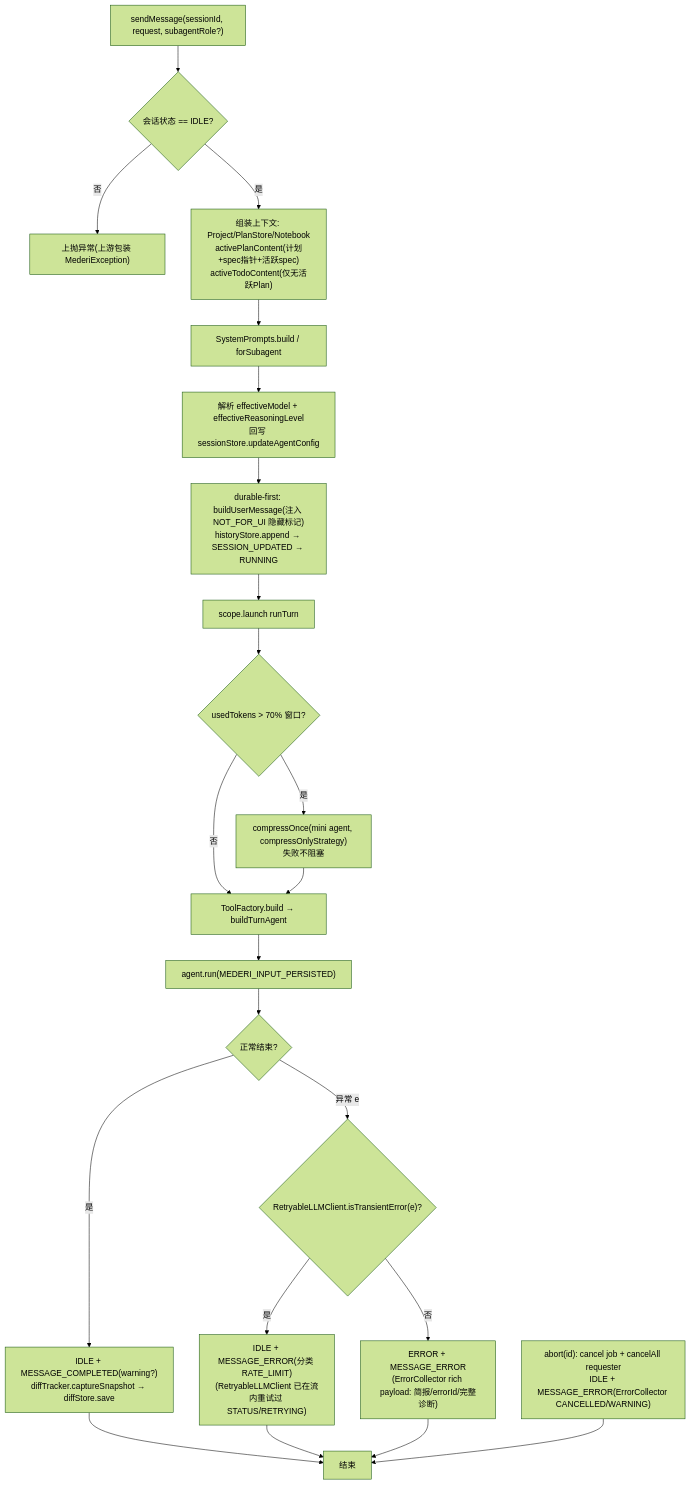
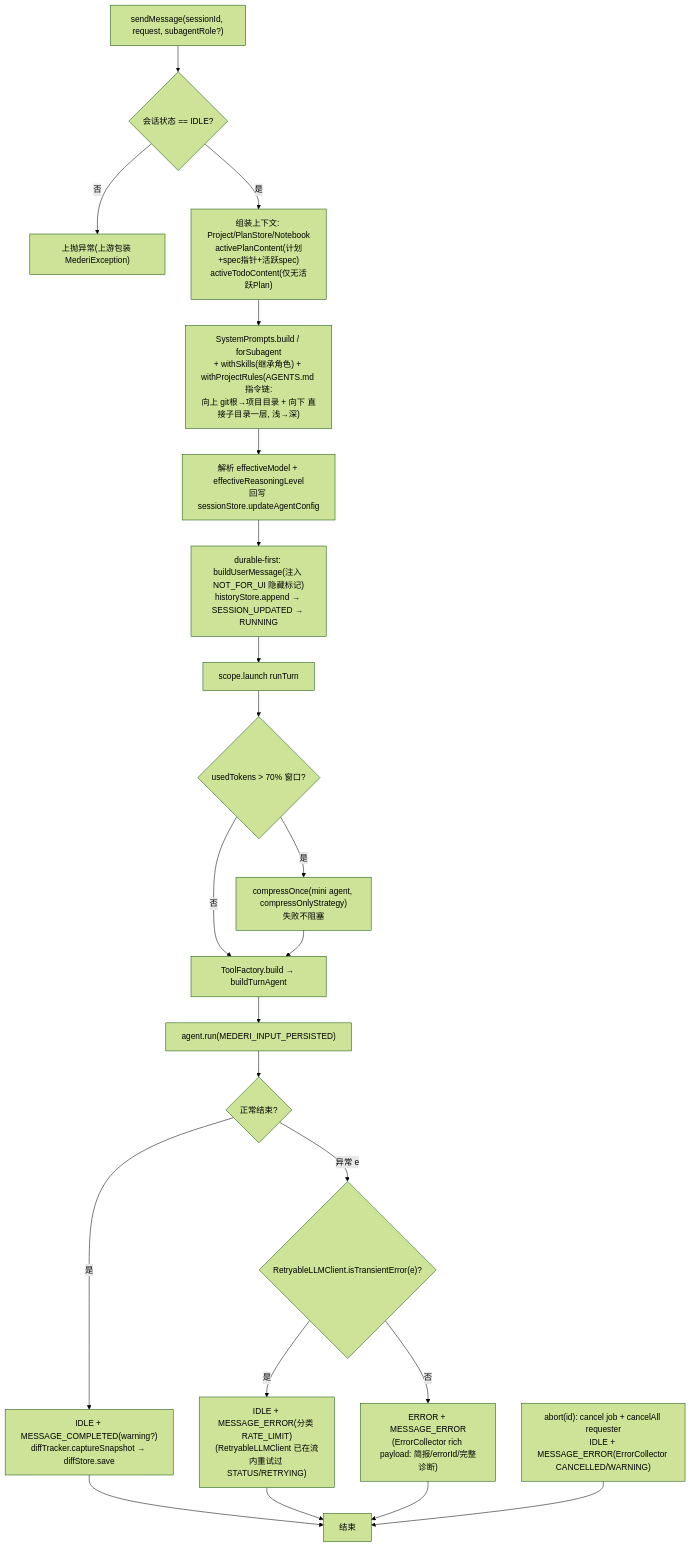
Before and after one commit to lzdev42/mederi: the second of 16 diagrams in mederi/docs/architecture/04-flows.md, drawn with Mermaid (forest theme). The commit also changed other lines of this file and 38 other files, not shown here.

````diff
--- a/mederi/docs/architecture/04-flows.md
+++ b/mederi/docs/architecture/04-flows.md
@@ -69,22 +69,22 @@
 ```mermaid
 flowchart TD
     S["sendMessage(sessionId, request, subagentRole?)"] --> V{"会话状态 == IDLE?"}
     V -- "否" --> E1["上抛异常(上游包装 MederiException)"]
     V -- "是" --> PREP["组装上下文: Project/PlanStore/Notebook<br/>activePlanContent(计划+spec指针+活跃spec)<br/>activeTodoContent(仅无活跃Plan)"]
-    PREP --> SP["SystemPrompts.build / forSubagent"]
+    PREP --> SP["SystemPrompts.build / forSubagent<br/>+ withSkills(继承角色) + withProjectRules(AGENTS.md 指令链:<br/>向上 git根→项目目录 + 向下 直接子目录一层, 浅→深)"]
     SP --> CFG["解析 effectiveModel + effectiveReasoningLevel<br/>回写 sessionStore.updateAgentConfig"]
     CFG --> DF["durable-first: buildUserMessage(注入 NOT_FOR_UI 隐藏标记)<br/>historyStore.append → SESSION_UPDATED → RUNNING"]
     DF --> BG["scope.launch runTurn"]
     BG --> PF{"usedTokens > 70% 窗口?"}
     PF -- "是" --> COMP["compressOnce(mini agent, compressOnlyStrategy)<br/>失败不阻塞"]
     PF -- "否" --> BUILD
     COMP --> BUILD["ToolFactory.build → buildTurnAgent"]
     BUILD --> RUN["agent.run(MEDERI_INPUT_PERSISTED)"]
     RUN --> OK{"正常结束?"}
     OK -- "是" --> DONE["IDLE + MESSAGE_COMPLETED(warning?)<br/>diffTracker.captureSnapshot → diffStore.save"]
     OK -- "异常 e" --> T{"RetryableLLMClient.isTransientError(e)?"}
     T -- "是" --> IDLE["IDLE + MESSAGE_ERROR(分类 RATE_LIMIT)<br/>(RetryableLLMClient 已在流内重试过 STATUS/RETRYING)"]
     T -- "否" --> ERR["ERROR + MESSAGE_ERROR<br/>(ErrorCollector rich payload: 简报/errorId/完整诊断)"]
     DONE & IDLE & ERR --> STOP
     ABORT["abort(id): cancel job + cancelAll requester<br/>IDLE + MESSAGE_ERROR(ErrorCollector CANCELLED/WARNING)"] --> STOP["结束"]
 ```
````
